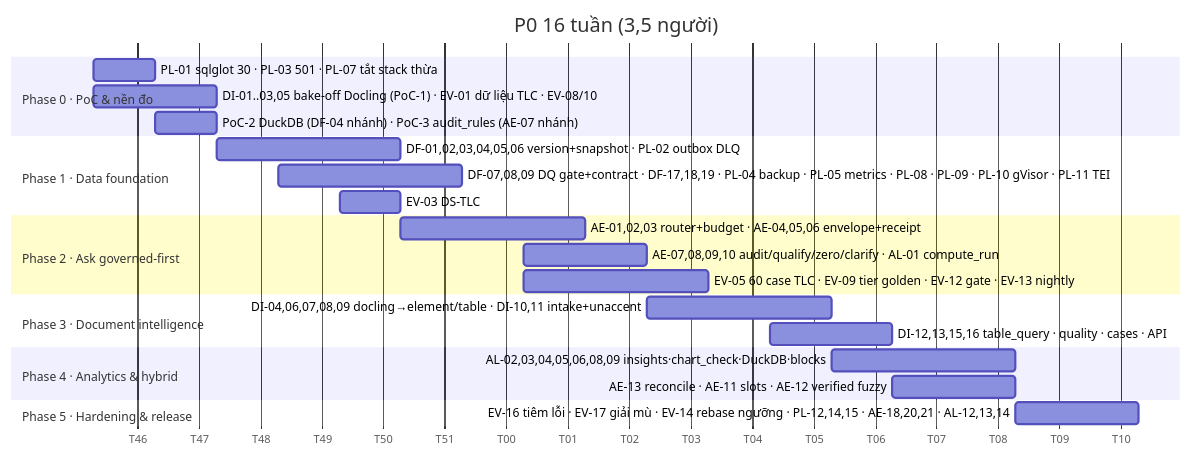
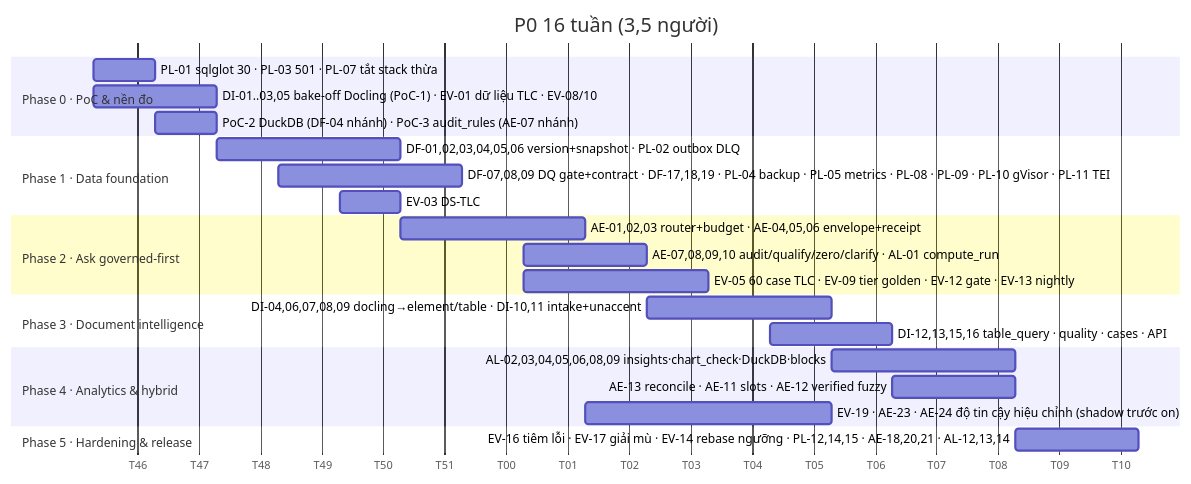
Before and after one commit to affkjuhyt/Data-Agent: the first of 2 diagrams in docs/blueprint/IMPLEMENTATION_BACKLOG.md, drawn with Mermaid. The commit also changed other lines of this file and 5 other files, not shown here.

````diff
--- a/docs/blueprint/IMPLEMENTATION_BACKLOG.md
+++ b/docs/blueprint/IMPLEMENTATION_BACKLOG.md
@@ -31,26 +31,27 @@
 ```mermaid
 gantt
   title P0 16 tuần (3,5 người)
   dateFormat  YYYY-MM-DD
   axisFormat  T%W
   section Phase 0 · PoC & nền đo
   PL-01 sqlglot 30 · PL-03 501 · PL-07 tắt stack thừa         :p0a, 2026-11-17, 7d
   DI-01..03,05 bake-off Docling (PoC-1) · EV-01 dữ liệu TLC · EV-08/10 :p0b, 2026-11-17, 14d
   PoC-2 DuckDB (DF-04 nhánh) · PoC-3 audit_rules (AE-07 nhánh) :p0c, 2026-11-24, 7d
   section Phase 1 · Data foundation
   DF-01,02,03,04,05,06 version+snapshot · PL-02 outbox DLQ     :p1a, 2026-12-01, 21d
   DF-07,08,09 DQ gate+contract · DF-17,18,19 · PL-04 backup · PL-05 metrics · PL-08 · PL-09 · PL-10 gVisor · PL-11 TEI :p1b, 2026-12-08, 21d
   EV-03 DS-TLC                                                   :p1c, 2026-12-15, 7d
   section Phase 2 · Ask governed-first
   AE-01,02,03 router+budget · AE-04,05,06 envelope+receipt       :p2a, 2026-12-22, 21d
   AE-07,08,09,10 audit/qualify/zero/clarify · AL-01 compute_run  :p2b, 2027-01-05, 14d
   EV-05 60 case TLC · EV-09 tier golden · EV-12 gate · EV-13 nightly :p2c, 2027-01-05, 21d
   section Phase 3 · Document intelligence
   DI-04,06,07,08,09 docling→element/table · DI-10,11 intake+unaccent :p3a, 2027-01-19, 21d
   DI-12,13,15,16 table_query · quality · cases · API            :p3b, 2027-02-02, 14d
   section Phase 4 · Analytics & hybrid
   AL-02,03,04,05,06,08,09 insights·chart_check·DuckDB·blocks    :p4a, 2027-02-09, 21d
   AE-13 reconcile · AE-11 slots · AE-12 verified fuzzy          :p4b, 2027-02-16, 14d
+  EV-19 · AE-23 · AE-24 độ tin cậy hiệu chỉnh (shadow trước on) :p4c, 2027-01-12, 28d
   section Phase 5 · Hardening & release
   EV-16 tiêm lỗi · EV-17 giải mù · EV-14 rebase ngưỡng · PL-12,14,15 · AE-18,20,21 · AL-12,13,14 :p5, 2027-03-02, 14d
 ```
````
